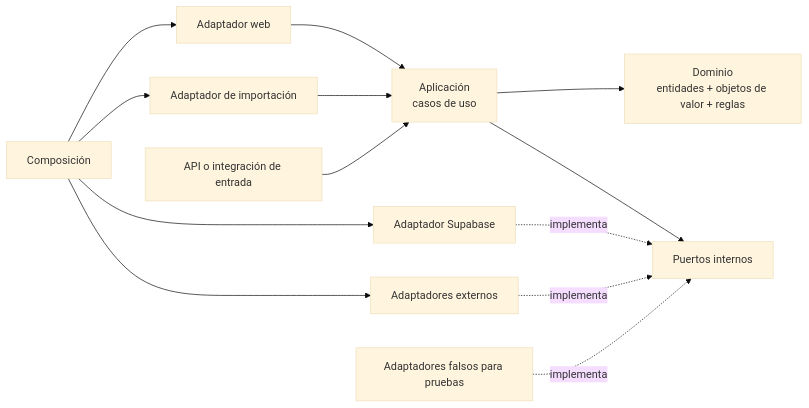
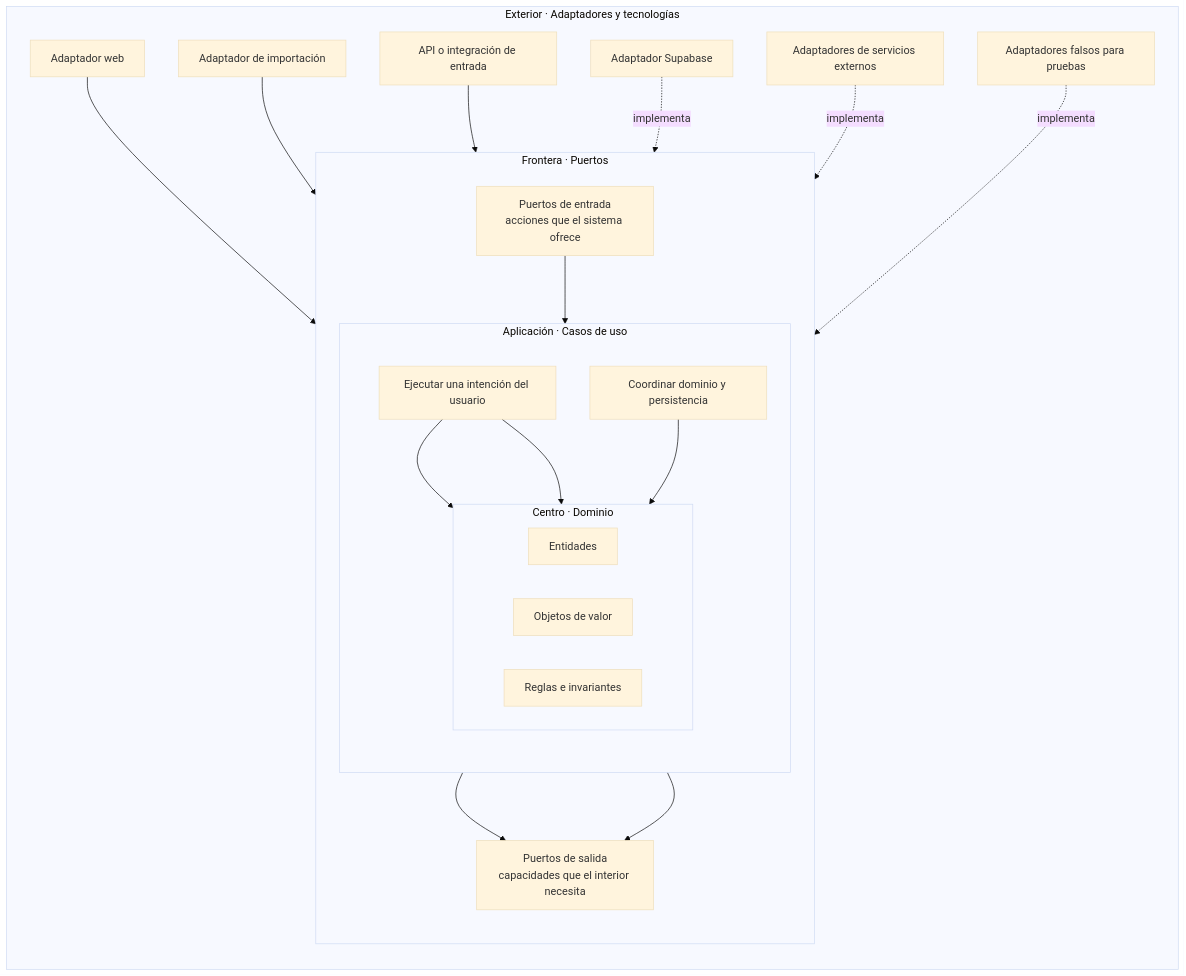
The first of 6 diagrams in docs/architecture/diagrams/to-be-crm-patrimonial-next.md (guilledpn/KNwS7F_2a2LZ7MS), drawn with Mermaid (base theme) before and after one commit. The commit also changed other lines of this file, not shown here.

Commit message:
docs(architecture): clarify hexagonal layers and modular contexts

````diff
--- a/docs/architecture/diagrams/to-be-crm-patrimonial-next.md
+++ b/docs/architecture/diagrams/to-be-crm-patrimonial-next.md
@@ -14,18 +51,47 @@
 ```mermaid
-flowchart LR
-    WEB["Adaptador web"] --> APP["Aplicación\ncasos de uso"]
-    IMPORT["Adaptador de importación"] --> APP
-    APIIN["API o integración de entrada"] --> APP
+flowchart TB
+    subgraph ADAPTERS["Exterior · Adaptadores y tecnologías"]
+        direction TB
 
-    APP --> DOMAIN["Dominio\nentidades + objetos de valor + reglas"]
-    APP --> PORTS["Puertos internos"]
+        WEB["Adaptador web"]
+        IMPORT["Adaptador de importación"]
+        APIIN["API o integración de entrada"]
+        SUPA["Adaptador Supabase"]
+        EXTERNAL["Adaptadores de servicios externos"]
+        FAKE["Adaptadores falsos para pruebas"]
 
-    SUPA["Adaptador Supabase"] -. implementa .-> PORTS
-    EXTERNAL["Adaptadores externos"] -. implementa .-> PORTS
-    MEMORY["Adaptadores falsos para pruebas"] -. implementa .-> PORTS
+        subgraph PORTS["Frontera · Puertos"]
+            direction TB
 
-    COMPOSE["Composición"] --> WEB
-    COMPOSE --> IMPORT
-    COMPOSE --> SUPA
-    COMPOSE --> EXTERNAL
+            INPORT["Puertos de entrada\nacciones que el sistema ofrece"]
+            OUTPORT["Puertos de salida\ncapacidades que el interior necesita"]
+
+            subgraph APPLICATION["Aplicación · Casos de uso"]
+                direction TB
+
+                UC1["Ejecutar una intención del usuario"]
+                UC2["Coordinar dominio y persistencia"]
+
+                subgraph DOMAIN["Centro · Dominio"]
+                    direction LR
+                    ENT["Entidades"]
+                    VO["Objetos de valor"]
+                    RULES["Reglas e invariantes"]
+                end
+            end
+        end
+    end
+
+    WEB --> INPORT
+    IMPORT --> INPORT
+    APIIN --> INPORT
+    INPORT --> UC1
+    UC1 --> ENT
+    UC1 --> VO
+    UC2 --> RULES
+    UC1 --> OUTPORT
+    UC2 --> OUTPORT
+    SUPA -. implementa .-> OUTPORT
+    EXTERNAL -. implementa .-> OUTPORT
+    FAKE -. implementa .-> OUTPORT
 ```
````
